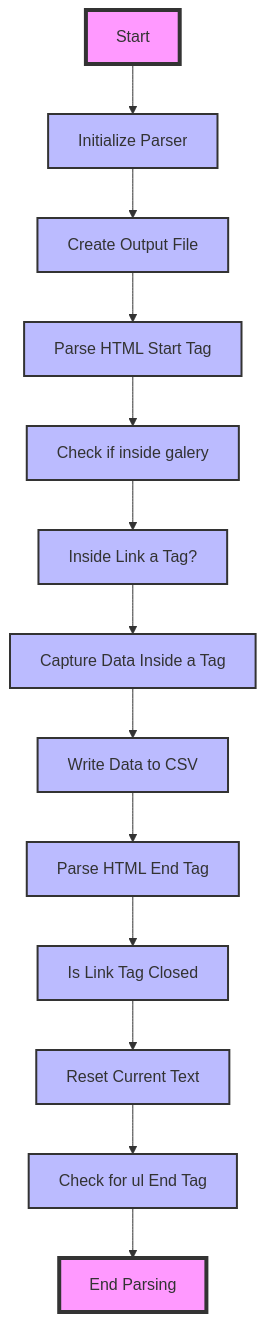
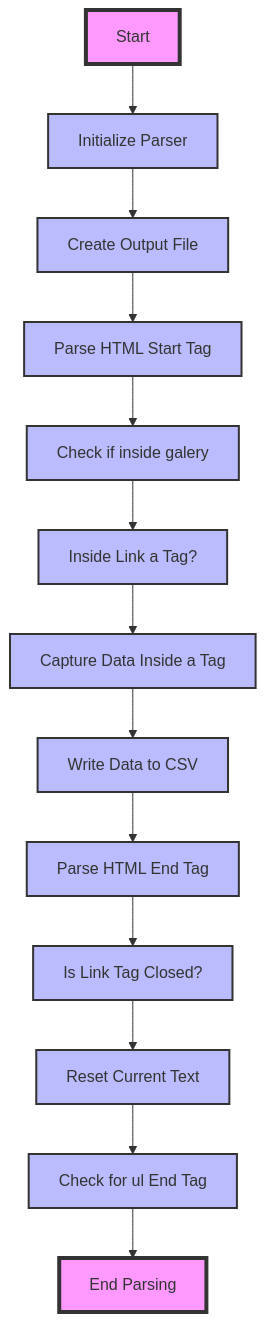
The eighth of 10 diagrams in README.md (Magloire07/Projet_python_dataViz_Kokou_Ounissa), drawn with Mermaid before and after one commit. The commit also changed other lines of this file, not shown here.

````diff
--- a/README.md
+++ b/README.md
@@ -214,20 +214,20 @@
 ```mermaid
 graph TD
     A[Start] --> B[Initialize Parser]
     B --> C[Create Output File]
     C --> D[Parse HTML Start Tag]
     D --> E[Check if inside galery]
     E --> F[Inside Link a Tag?]
     F --> G[Capture Data Inside a Tag]
     G --> H[Write Data to CSV]
     H --> I[Parse HTML End Tag]
-    I --> J[Is Link Tag Closed]
+    I --> J[Is Link Tag Closed?]
     J --> K[Reset Current Text]
     K --> L[Check for ul End Tag]
     L --> M[End Parsing]
 
     classDef startEnd fill:#f9f,stroke:#333,stroke-width:4px;
     class A,M startEnd;
     classDef process fill:#bbf,stroke:#333,stroke-width:2px;
     class B,C,D,E,F,G,H,I,J,K,L process;
 ```
````
